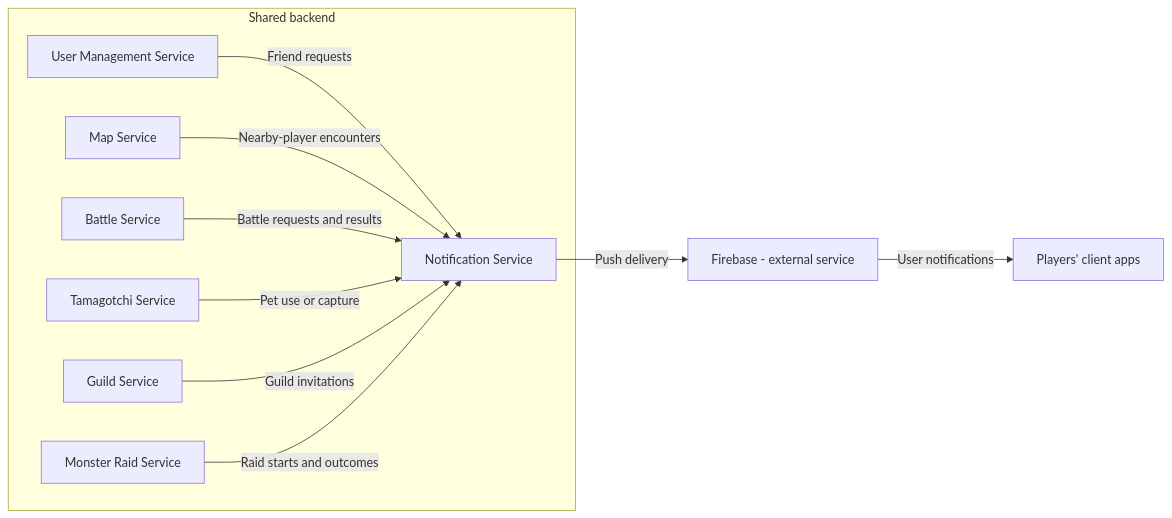
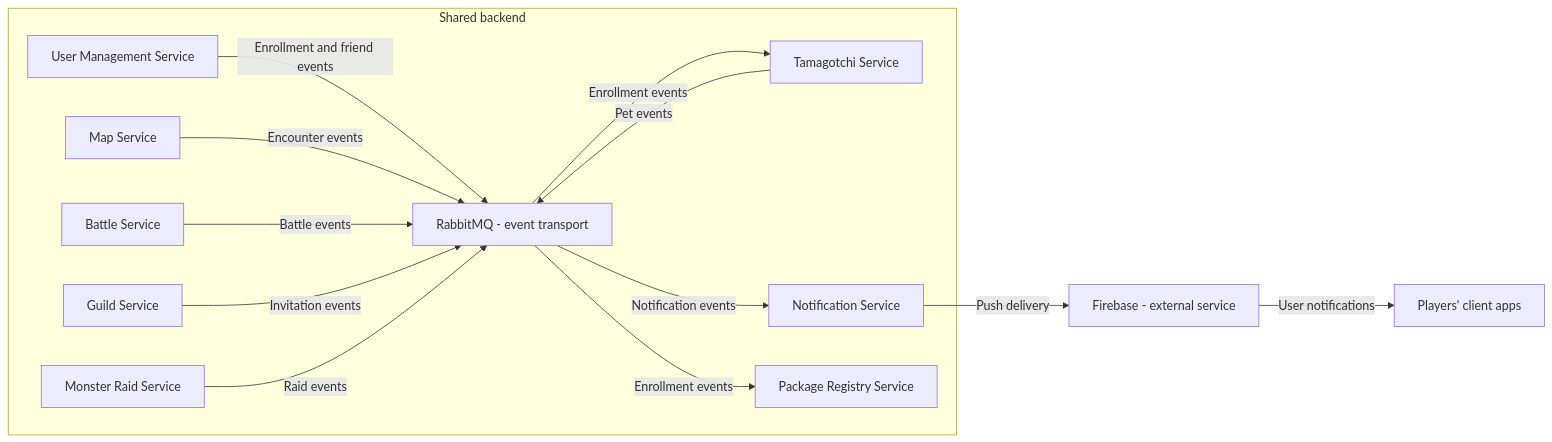
Before and after one commit to AlexDandy77/tamagotchi-go: the second of 2 diagrams in README.md, drawn with Mermaid. The commit also changed other lines of this file and 3 other files, not shown here.

````diff
--- a/README.md
+++ b/README.md
@@ -149,14 +154,16 @@
 ```mermaid
 flowchart LR
     subgraph Backend["Shared backend"]
-        User["User Management Service"] -->|"Friend requests"| Notify["Notification Service"]
-        Map["Map Service"] -->|"Nearby-player encounters"| Notify
-        Battle["Battle Service"] -->|"Battle requests and results"| Notify
-        Pet["Tamagotchi Service"] -->|"Pet use or capture"| Notify
-        Guild["Guild Service"] -->|"Guild invitations"| Notify
-        Raid["Monster Raid Service"] -->|"Raid starts and outcomes"| Notify
+        User["User Management Service"] -->|"Enrollment and friend events"| Bus["RabbitMQ - event transport"]
+        Map["Map Service"] -->|"Encounter events"| Bus
+        Battle["Battle Service"] -->|"Battle events"| Bus
+        Pet["Tamagotchi Service"] -->|"Pet events"| Bus
+        Guild["Guild Service"] -->|"Invitation events"| Bus
+        Raid["Monster Raid Service"] -->|"Raid events"| Bus
+        Bus -->|"Notification events"| Notify["Notification Service"]
+        Bus -->|"Enrollment events"| Registry["Package Registry Service"]
+        Bus -->|"Enrollment events"| Pet
     end
-
     Notify -->|"Push delivery"| Firebase["Firebase - external service"]
     Firebase -->|"User notifications"| Apps["Players' client apps"]
 ```
````
